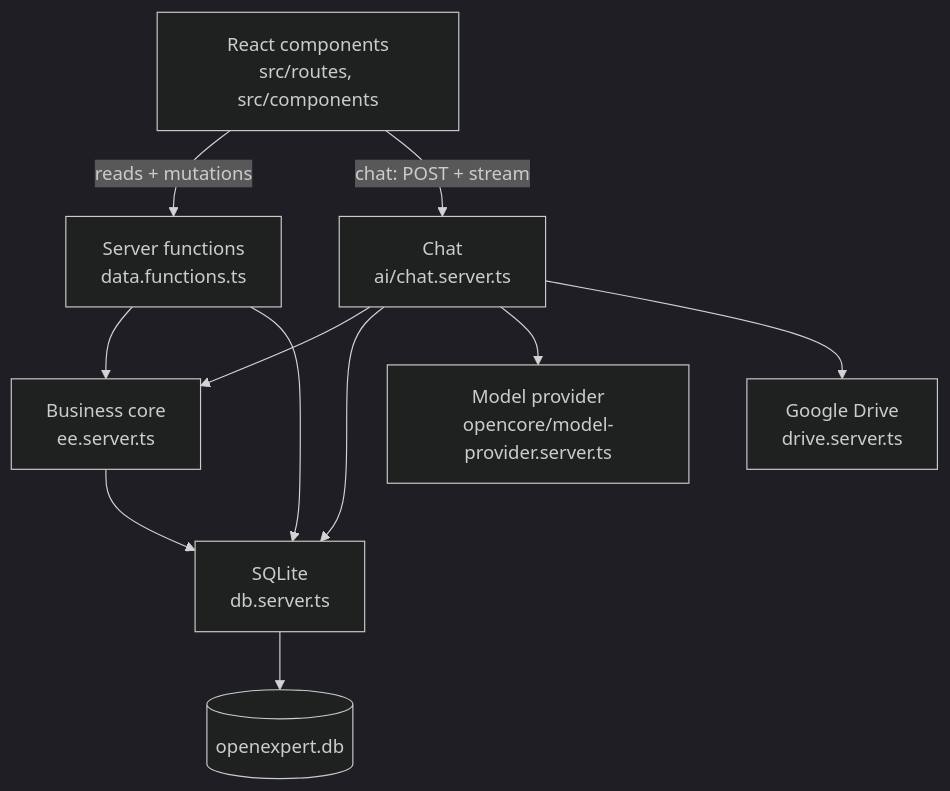
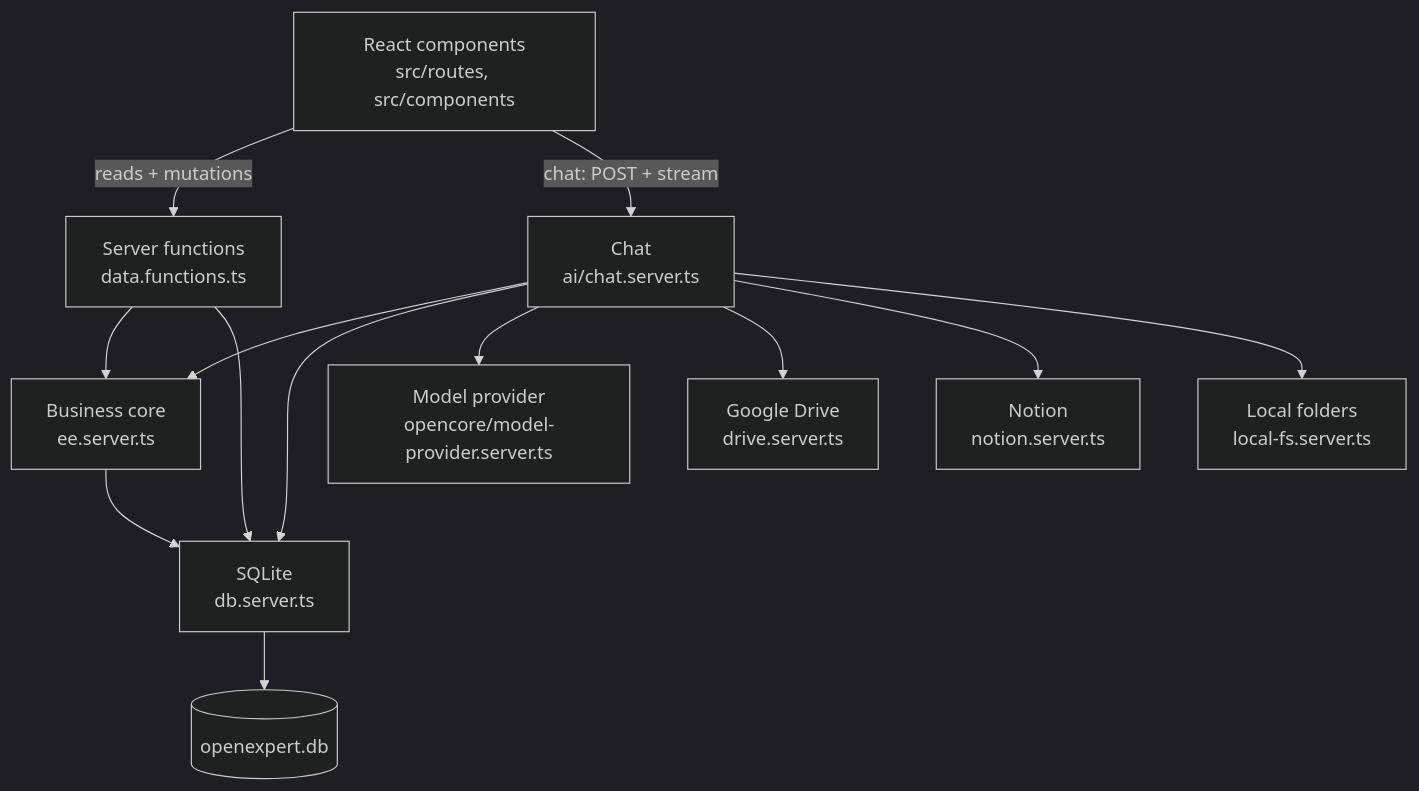
The first of 2 diagrams in docs/en/02-architecture.md (OpenExpert-ai/OpenExpert), drawn with Mermaid (dark theme) before and after one commit. The commit also changed other lines of this file and 37 other files, not shown here.

````diff
--- a/docs/en/02-architecture.md
+++ b/docs/en/02-architecture.md
@@ -26,22 +26,26 @@
 ```mermaid
 graph TD
     UI[React components<br/>src/routes, src/components]
     SF[Server functions<br/>data.functions.ts]
     EE[Business core<br/>ee.server.ts]
     DB[SQLite<br/>db.server.ts]
     CHAT[Chat<br/>ai/chat.server.ts]
     MODEL[Model provider<br/>opencore/model-provider.server.ts]
     DRV[Google Drive<br/>drive.server.ts]
+    NOT[Notion<br/>notion.server.ts]
+    LOC[Local folders<br/>local-fs.server.ts]
     FILE[(openexpert.db)]
 
     UI -->|reads + mutations| SF
     UI -->|chat: POST + stream| CHAT
     SF --> EE
     SF --> DB
     CHAT --> EE
     CHAT --> DB
     CHAT --> MODEL
     CHAT --> DRV
+    CHAT --> NOT
+    CHAT --> LOC
     EE --> DB
     DB --> FILE
 ```
````
